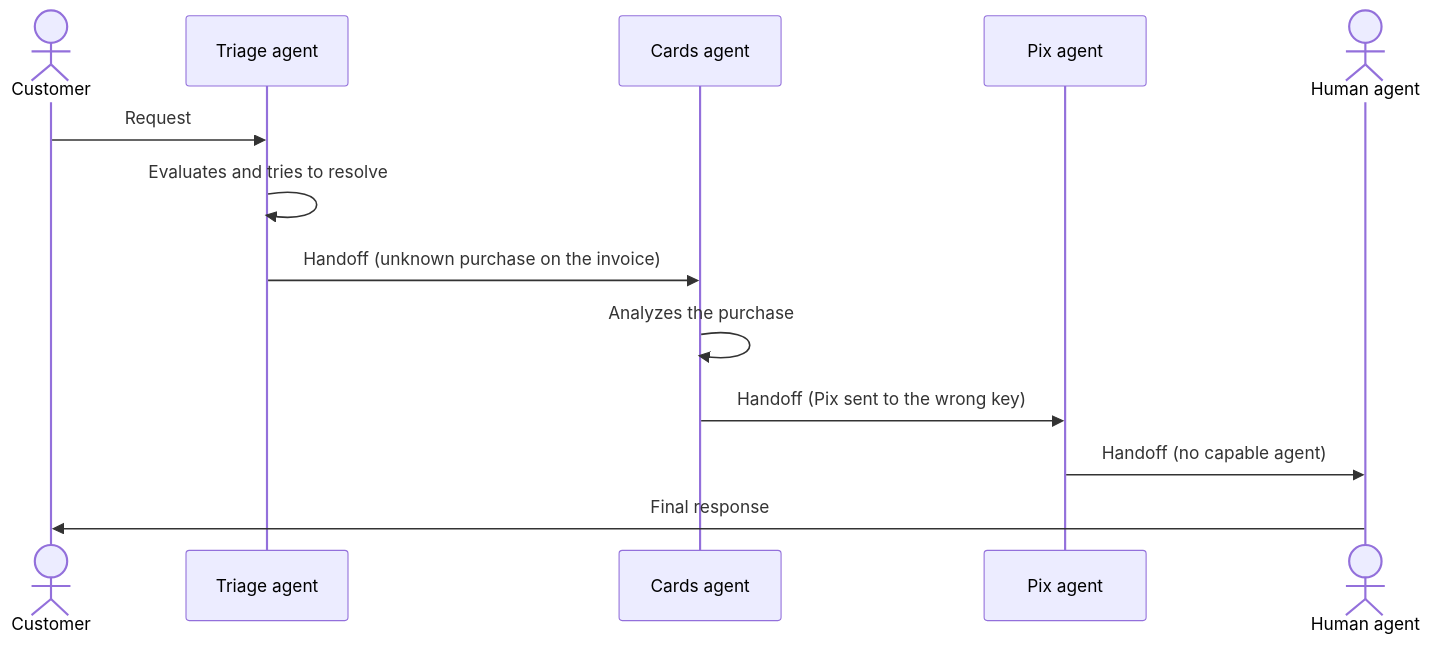
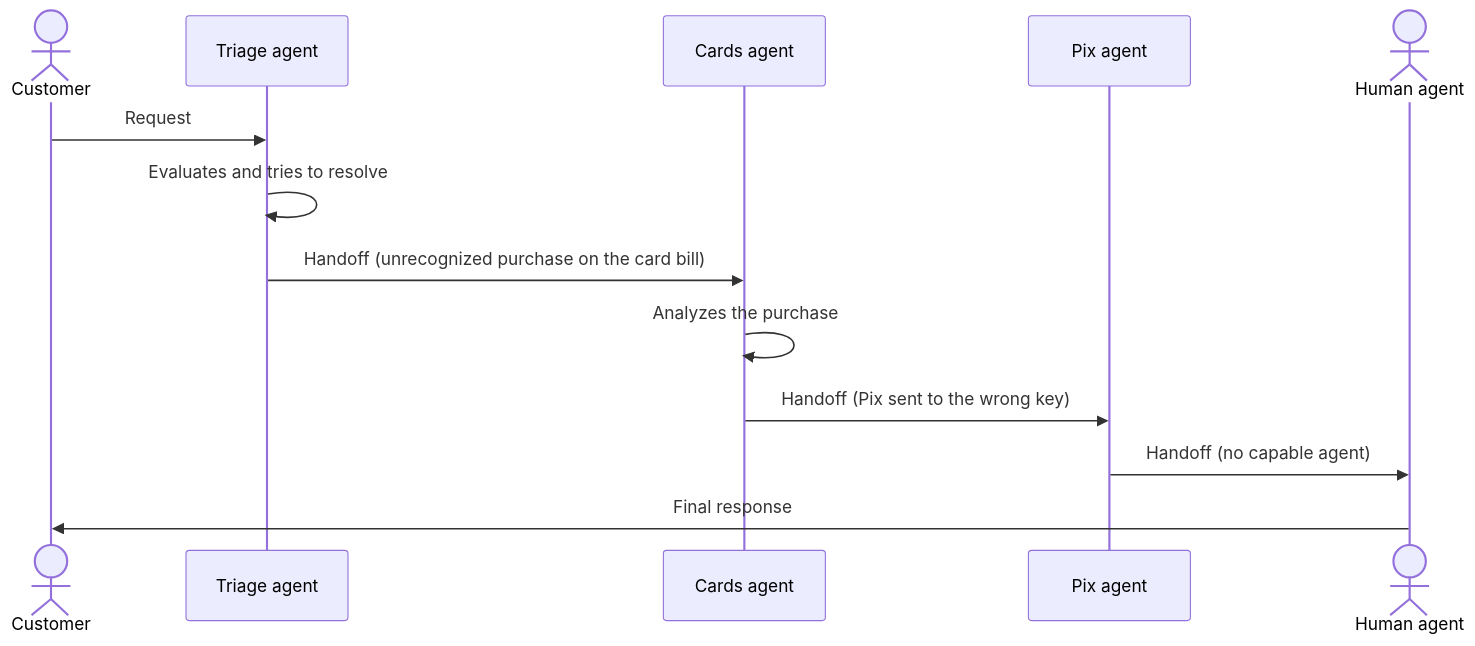
The diagram in i18n/en/docusaurus-plugin-content-docs/current/ai/agent-patterns/dynamic-orchestration/handoff-orchestration.md (alancesar/design-patterns), drawn with Mermaid before and after one commit. The commit also changed 28 other files, not shown here.

Commit message:
Fix diagram review findings in microservices, eip, cloud and agent patterns

````diff
--- a/i18n/en/docusaurus-plugin-content-docs/current/ai/agent-patterns/dynamic-orchestration/handoff-orchestration.md
+++ b/i18n/en/docusaurus-plugin-content-docs/current/ai/agent-patterns/dynamic-orchestration/handoff-orchestration.md
@@ -61,15 +61,15 @@
 ```mermaid
 sequenceDiagram
     actor U as Customer
     participant T as Triage agent
     participant I as Cards agent
     participant F as Pix agent
     actor H as Human agent
     U->>T: Request
     T->>T: Evaluates and tries to resolve
-    T->>I: Handoff (unknown purchase on the invoice)
+    T->>I: Handoff (unrecognized purchase on the card bill)
     I->>I: Analyzes the purchase
     I->>F: Handoff (Pix sent to the wrong key)
     F->>H: Handoff (no capable agent)
     H->>U: Final response
 ```
````
